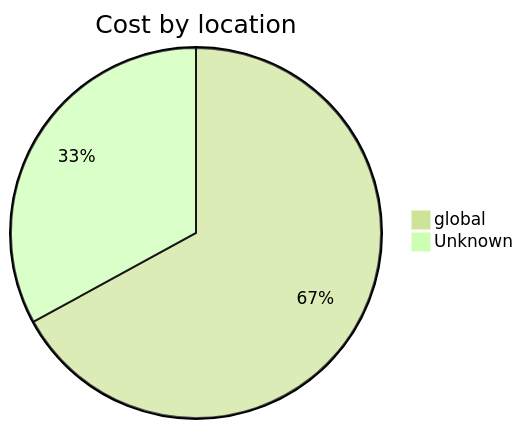
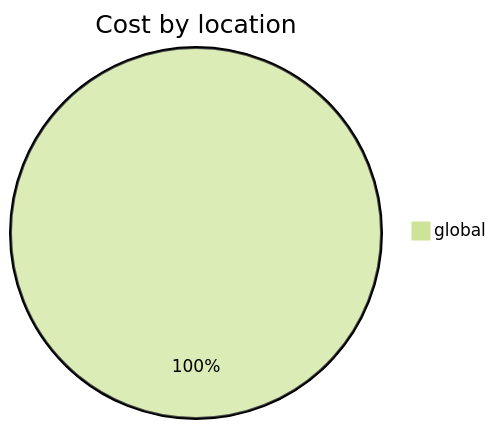
Before and after one commit to jpfulton/azure-personal-reports: the third of 4 diagrams in cost-reports/personal-dns/README.md, drawn with Mermaid (forest theme). The commit also changed other lines of this file and 2 other files, not shown here.

````diff
--- a/cost-reports/personal-dns/README.md
+++ b/cost-reports/personal-dns/README.md
@@ -108,6 +107,5 @@
 ```mermaid
 pie
    title Cost by location
-   "global" : 0.59
-   "Unknown" : 0.29
+   "global" : 0.91
 ```
````
